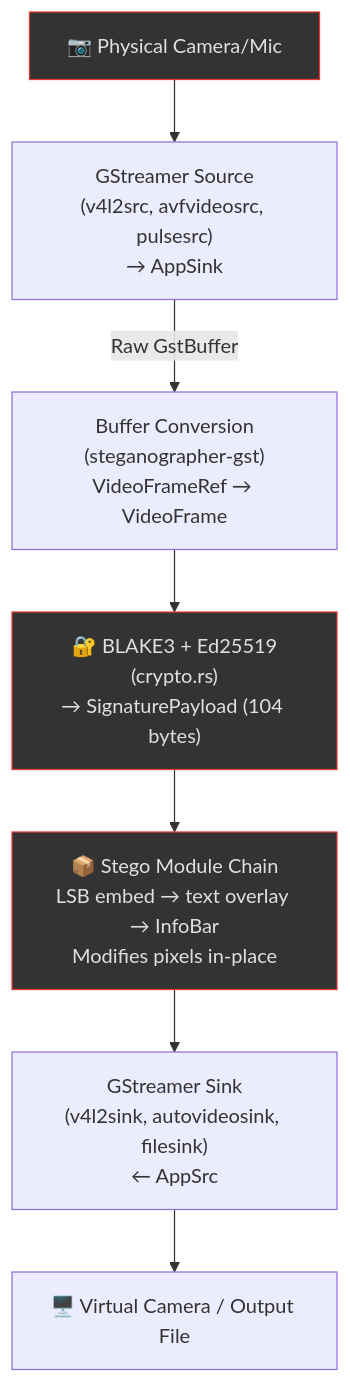
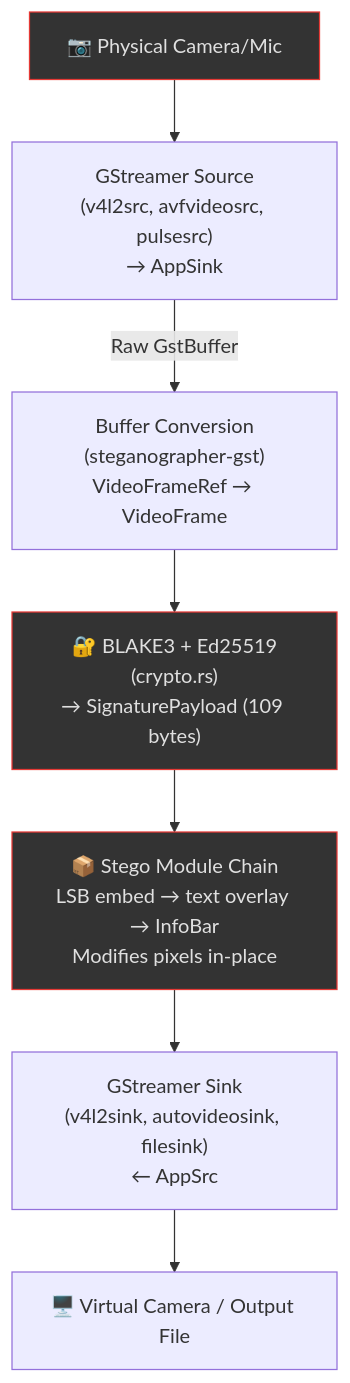
One commit to docxology/steganographer changed the third of 5 diagrams in docs/architecture.md. Above: the diagram before and after it, drawn with Mermaid. The commit also changed other lines of this file and 15 other files, not shown here.

````diff
--- a/docs/architecture.md
+++ b/docs/architecture.md
@@ -139,12 +139,12 @@
 ```mermaid
 flowchart TD
     CAM["📷 Physical Camera/Mic"] --> GST_SRC["GStreamer Source\n(v4l2src, avfvideosrc, pulsesrc)\n→ AppSink"]
     GST_SRC -->|"Raw GstBuffer"| CONV["Buffer Conversion\n(steganographer-gst)\nVideoFrameRef → VideoFrame"]
-    CONV --> CRYPTO["🔐 BLAKE3 + Ed25519\n(crypto.rs)\n→ SignaturePayload (104 bytes)"]
+    CONV --> CRYPTO["🔐 BLAKE3 + Ed25519\n(crypto.rs)\n→ SignaturePayload (109 bytes)"]
     CRYPTO --> STEGO["📦 Stego Module Chain\nLSB embed → text overlay → InfoBar\nModifies pixels in-place"]
     STEGO --> GST_SINK["GStreamer Sink\n(v4l2sink, autovideosink, filesink)\n← AppSrc"]
     GST_SINK --> OUT["🖥️ Virtual Camera / Output File"]
     style CAM fill:#333,stroke:#e53935,color:#e0e0e0
     style CRYPTO fill:#333,stroke:#e53935,color:#e0e0e0
     style STEGO fill:#333,stroke:#e53935,color:#e0e0e0
 ```
````
